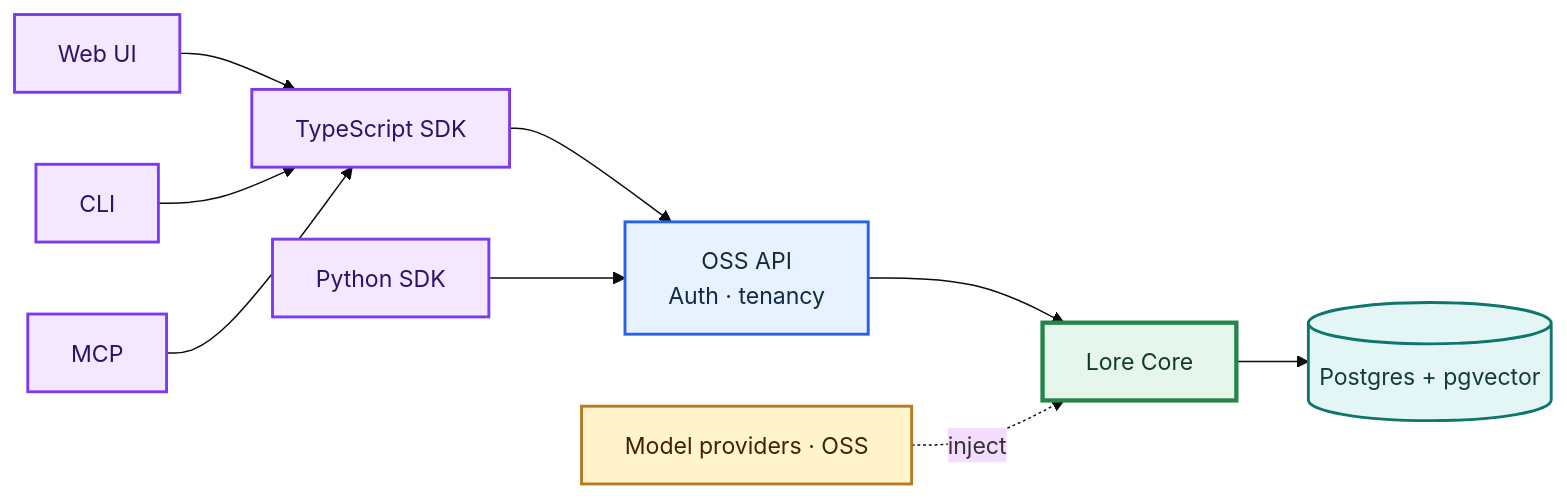
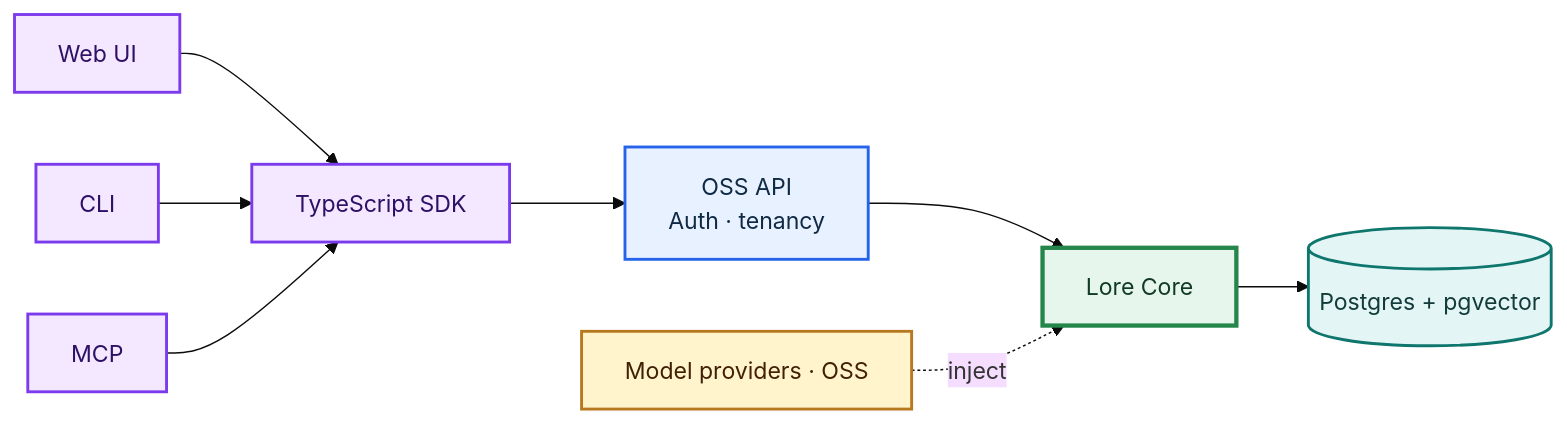
The diagram in README.md (corespeed-io/lore), drawn with Mermaid (base theme) before and after one commit. The commit also changed other lines of this file and 26 other files, not shown here.

Commit message:
refactor: remove unused Python SDK and tooling

````diff
--- a/README.md
+++ b/README.md
@@ -35,22 +35,21 @@
 ```mermaid
 flowchart LR
     UI["Web UI"] --> SDK["TypeScript SDK"]
     CLI["CLI"] --> SDK
     MCP["MCP"] --> SDK
     SDK --> API["OSS API<br/>Auth · tenancy"]
-    Python["Python SDK"] --> API
     API --> Core["Lore Core"]
     Core --> Database[("Postgres + pgvector")]
     Providers["Model providers · OSS"] -. inject .-> Core
 
     classDef interface fill:#f3e8ff,stroke:#7c3aed,color:#2e1065,stroke-width:2px
     classDef api fill:#e8f1ff,stroke:#2563eb,color:#102a43,stroke-width:2px
     classDef core fill:#e6f6ec,stroke:#24864b,color:#123b24,stroke-width:3px
     classDef data fill:#e3f6f5,stroke:#0f766e,color:#123b3a,stroke-width:2px
     classDef model fill:#fff4cc,stroke:#b7791f,color:#422006,stroke-width:2px
-    class UI,CLI,MCP,SDK,Python interface
+    class UI,CLI,MCP,SDK interface
     class API api
     class Core core
     class Database data
     class Providers model
 ```
````
